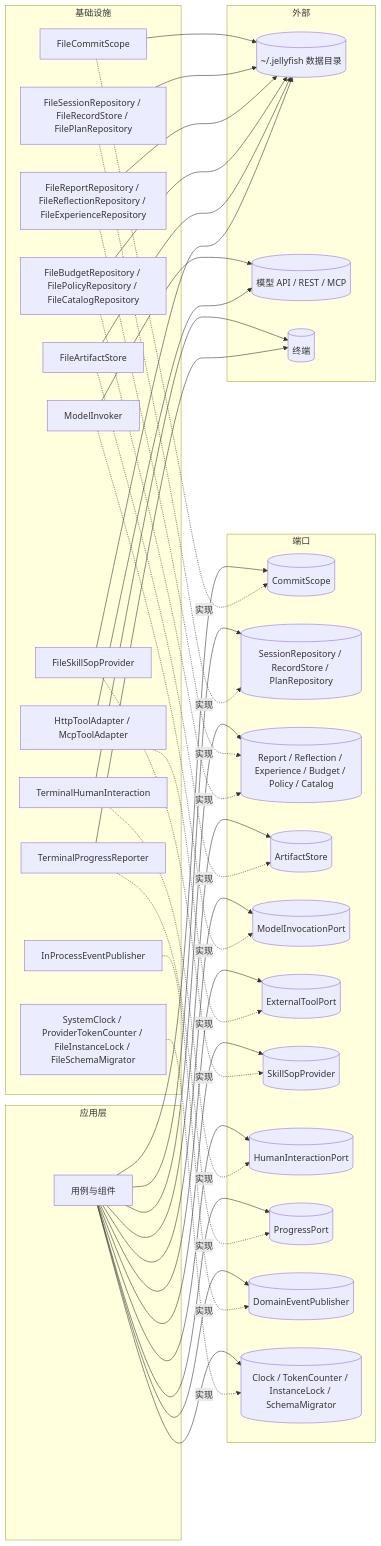
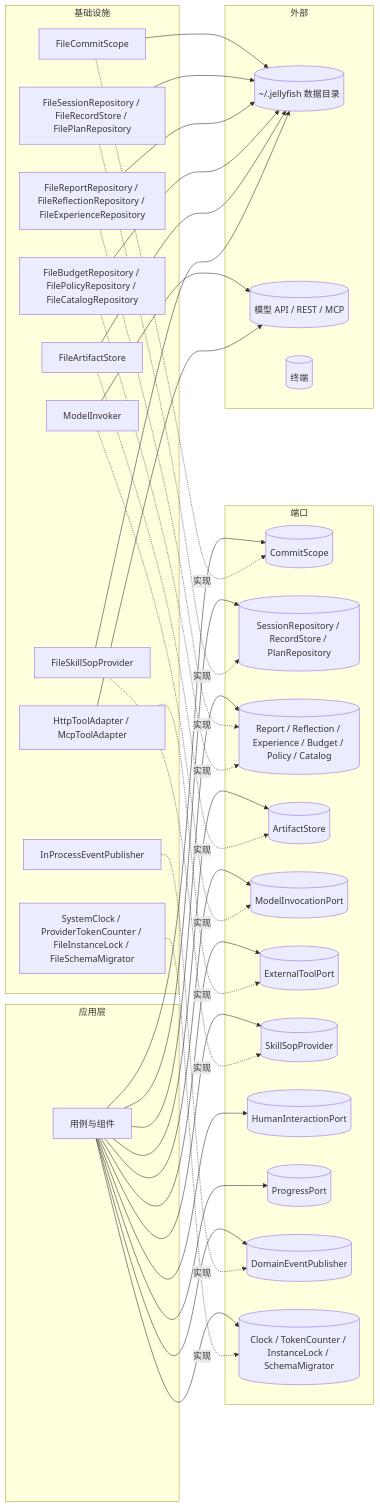
The first of 3 diagrams in model/模块-基础设施层.md (zcd0831/Jellyfish-Docs), drawn with Mermaid before and after one commit. The commit also changed other lines of this file and 7 other files, not shown here.

````diff
--- a/model/模块-基础设施层.md
+++ b/model/模块-基础设施层.md
@@ -25,62 +26,56 @@
 ```mermaid
 flowchart LR
     subgraph 应用层
         UC[用例与组件]
     end
     subgraph 端口
         P1[(CommitScope)]
         P2[(SessionRepository / RecordStore / PlanRepository)]
         P3[(Report / Reflection / Experience / Budget / Policy / Catalog)]
         P4[(ArtifactStore)]
         P5[(ModelInvocationPort)]
         P6[(ExternalToolPort)]
         P7[(SkillSopProvider)]
         P8[(HumanInteractionPort)]
         P9[(ProgressPort)]
         P10[(DomainEventPublisher)]
         P11[(Clock / TokenCounter / InstanceLock / SchemaMigrator)]
     end
     subgraph 基础设施
         A1[FileCommitScope]
         A2[FileSessionRepository / FileRecordStore / FilePlanRepository]
         A3[FileReportRepository / FileReflectionRepository / FileExperienceRepository]
         A4[FileBudgetRepository / FilePolicyRepository / FileCatalogRepository]
         A5[FileArtifactStore]
         A6[ModelInvoker]
         A7[HttpToolAdapter / McpToolAdapter]
         A8[FileSkillSopProvider]
-        A9[TerminalHumanInteraction]
-        A10[TerminalProgressReporter]
         A11[InProcessEventPublisher]
         A12[SystemClock / ProviderTokenCounter / FileInstanceLock / FileSchemaMigrator]
     end
     subgraph 外部
         FS[(~/.jellyfish 数据目录)]
         NET[(模型 API / REST / MCP)]
         TTY[(终端)]
     end
 
     UC --> P1 & P2 & P3 & P4 & P5 & P6 & P7 & P8 & P9 & P10 & P11
     A1 -.实现.-> P1
     A2 -.实现.-> P2
     A3 -.实现.-> P3
     A4 -.实现.-> P3
     A5 -.实现.-> P4
     A6 -.实现.-> P5
     A7 -.实现.-> P6
     A8 -.实现.-> P7
-    A9 -.实现.-> P8
-    A10 -.实现.-> P9
     A11 -.实现.-> P10
     A12 -.实现.-> P11
     A1 --> FS
     A2 --> FS
     A3 --> FS
     A4 --> FS
     A5 --> FS
     A6 --> NET
     A7 --> NET
     A8 --> FS
-    A9 --> TTY
-    A10 --> TTY
 ```
````
